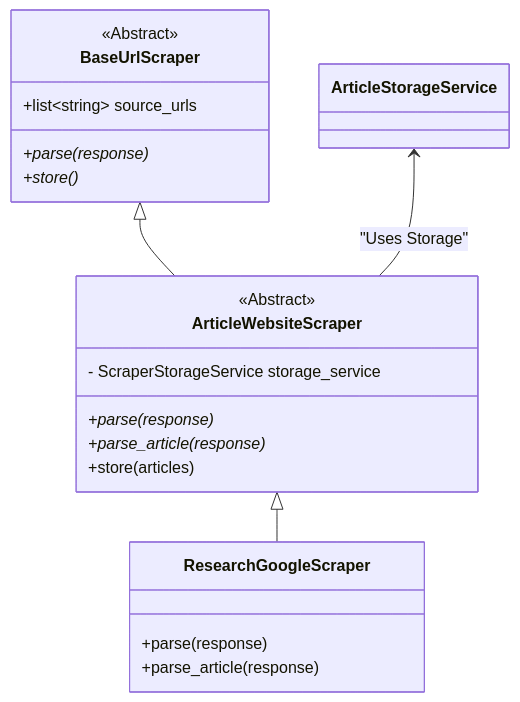
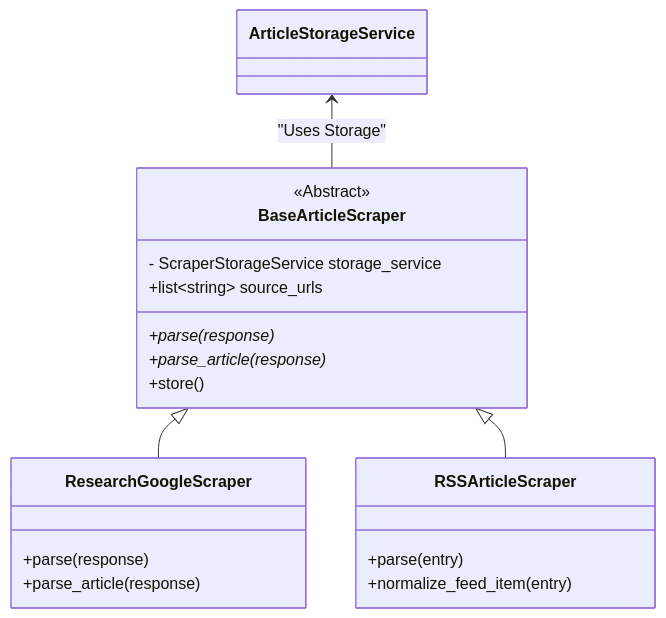
One commit to mcrilo33/hex_machina changed the second of 3 diagrams in docs/classes.md. Above: the diagram before and after it, drawn with Mermaid. The commit also changed 6 other files, not shown here.

Commit message:
implement BaseArticleScraper and RSSArticleScraper and corresponding pytests

````diff
--- a/docs/classes.md
+++ b/docs/classes.md
@@ -65,27 +65,26 @@
 ```mermaid
 classDiagram
     %% ===== BASE SCRAPER CLASS =====
-    class BaseUrlScraper {
+    class BaseArticleScraper {
         <<Abstract>>
+        - ScraperStorageService storage_service
         +list~string~ source_urls
         +parse(response)*
-        +store()*
-    }
-    %% ===== ARTICLE SCRAPER CLASS =====
-    class ArticleWebsiteScraper {
-        <<Abstract>>
-        - ScraperStorageService storage_service
-        +parse(response)*
         +parse_article(response)*
-        +store(articles)
+        +store()
     }
     %% ===== GOOGLE RESEARCH SCRAPER =====
     class ResearchGoogleScraper {
         +parse(response)
         +parse_article(response)
     }
+    %% ===== RSS ARTICLE SCRAPER =====
+    class RSSArticleScraper {
+        +parse(entry)
+        +normalize_feed_item(entry)
+    }
     %% ===== RELATIONSHIPS =====
-    BaseUrlScraper <|-- ArticleWebsiteScraper
-    ArticleWebsiteScraper <|-- ResearchGoogleScraper
-    ArticleStorageService <-- ArticleWebsiteScraper : "Uses Storage"
+    BaseArticleScraper <|-- ResearchGoogleScraper
+    BaseArticleScraper <|-- RSSArticleScraper
+    ArticleStorageService <-- BaseArticleScraper : "Uses Storage"
 ```
````
